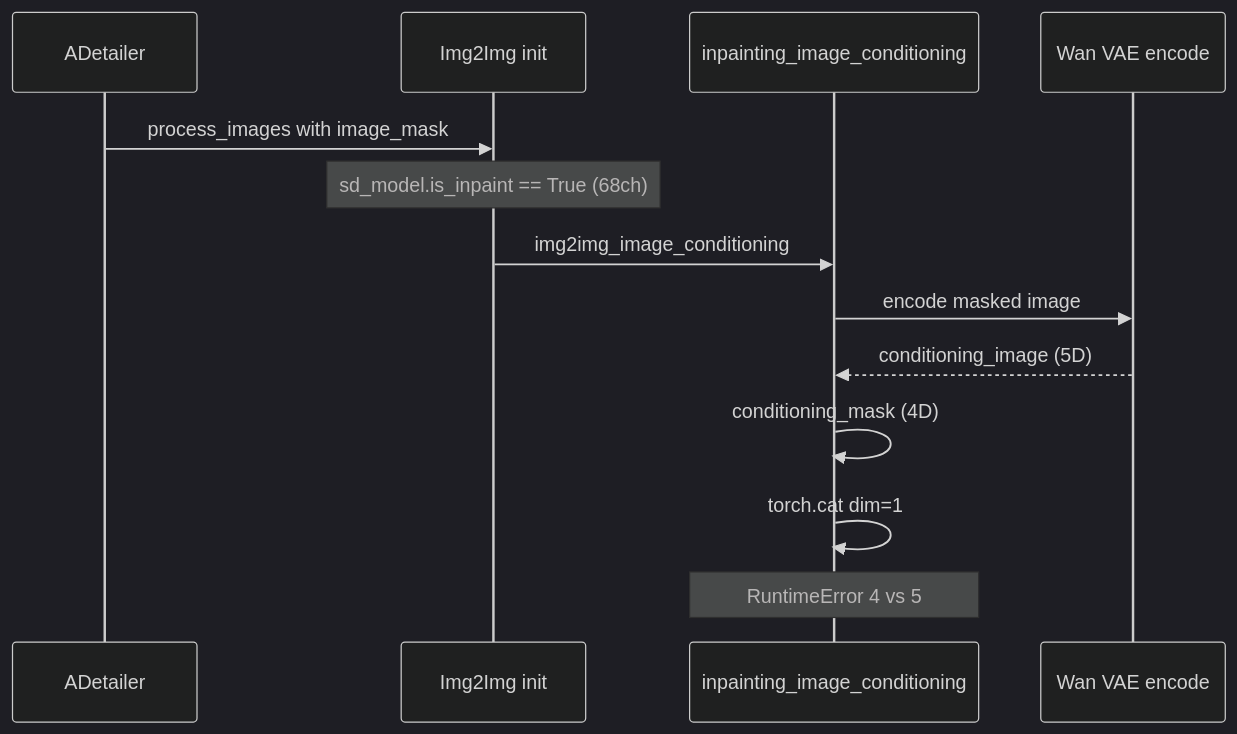
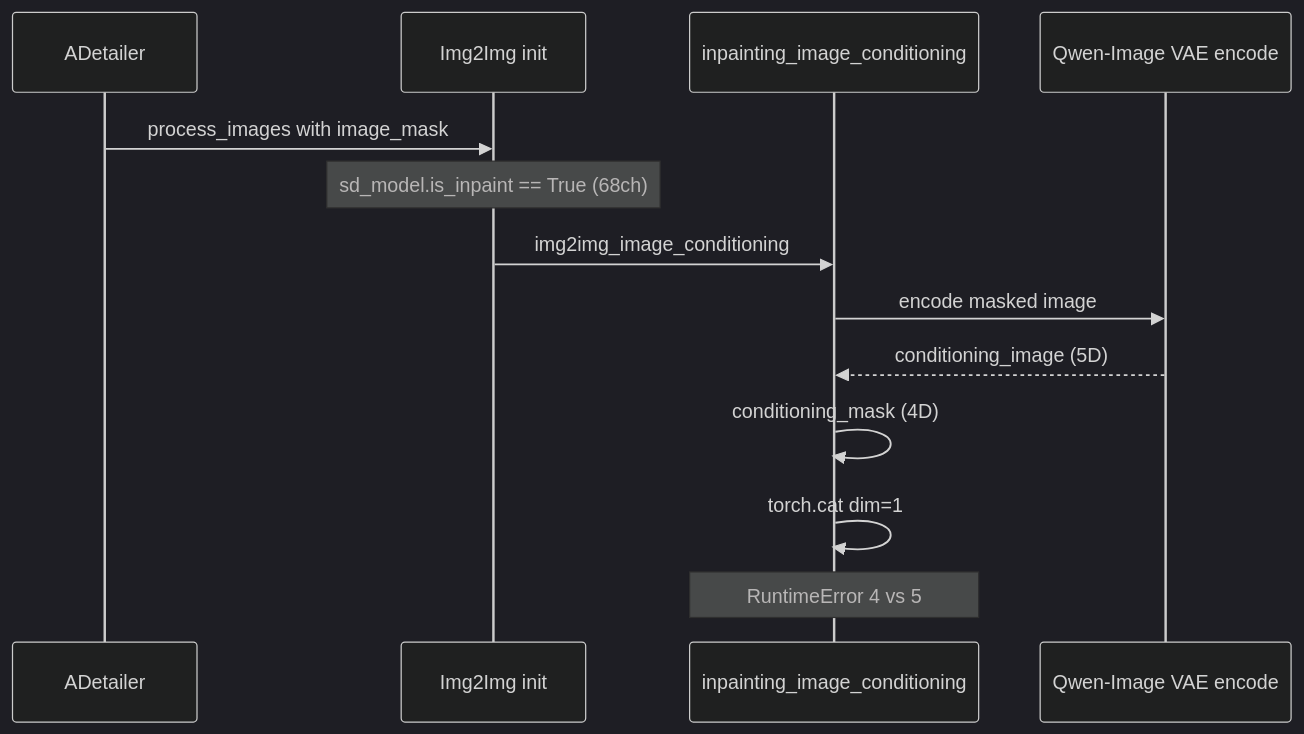
One commit to ussoewwin/Stable-Diffusion-WebUI-Forge-Nunchaku changed the first of 2 diagrams in zhmd/v1.7.7.md. Above: the diagram before and after it, drawn with Mermaid (dark theme). The commit also changed other lines of this file and 7 other files, not shown here.

Commit message:
docs: name Anima and Krea2 VAE as Qwen-Image VAE

````diff
--- a/zhmd/v1.7.7.md
+++ b/zhmd/v1.7.7.md
@@ -277,16 +277,16 @@
 ```mermaid
 sequenceDiagram
     participant AD as ADetailer
     participant I2I as Img2Img init
     participant IC as inpainting_image_conditioning
-    participant VAE as Wan VAE encode
+    participant VAE as Qwen-Image VAE encode
 
     AD->>I2I: process_images with image_mask
     Note over I2I: sd_model.is_inpaint == True (68ch)
     I2I->>IC: img2img_image_conditioning
     IC->>VAE: encode masked image
     VAE-->>IC: conditioning_image (5D)
     IC->>IC: conditioning_mask (4D)
     IC->>IC: torch.cat dim=1
     Note over IC: RuntimeError 4 vs 5
 ```
````
